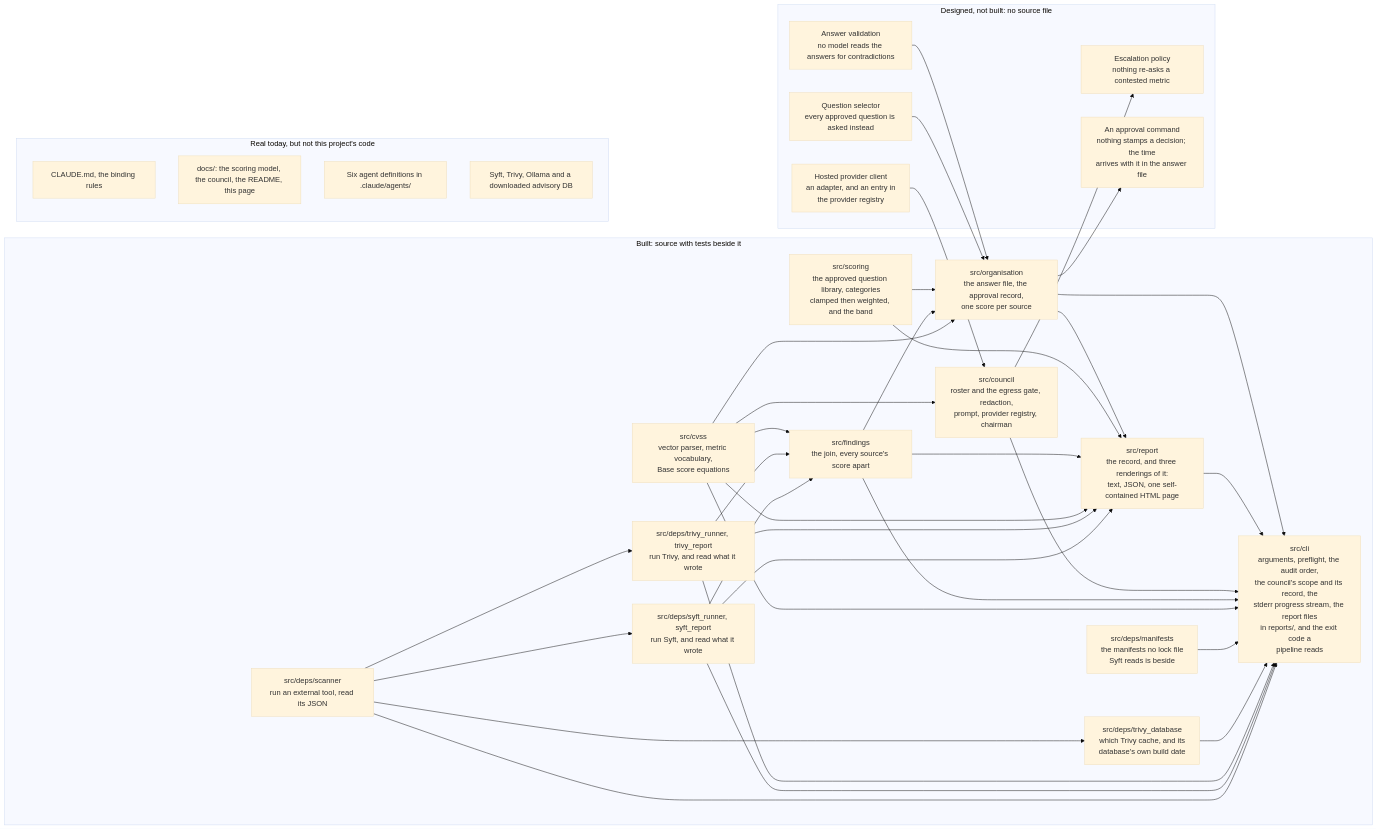
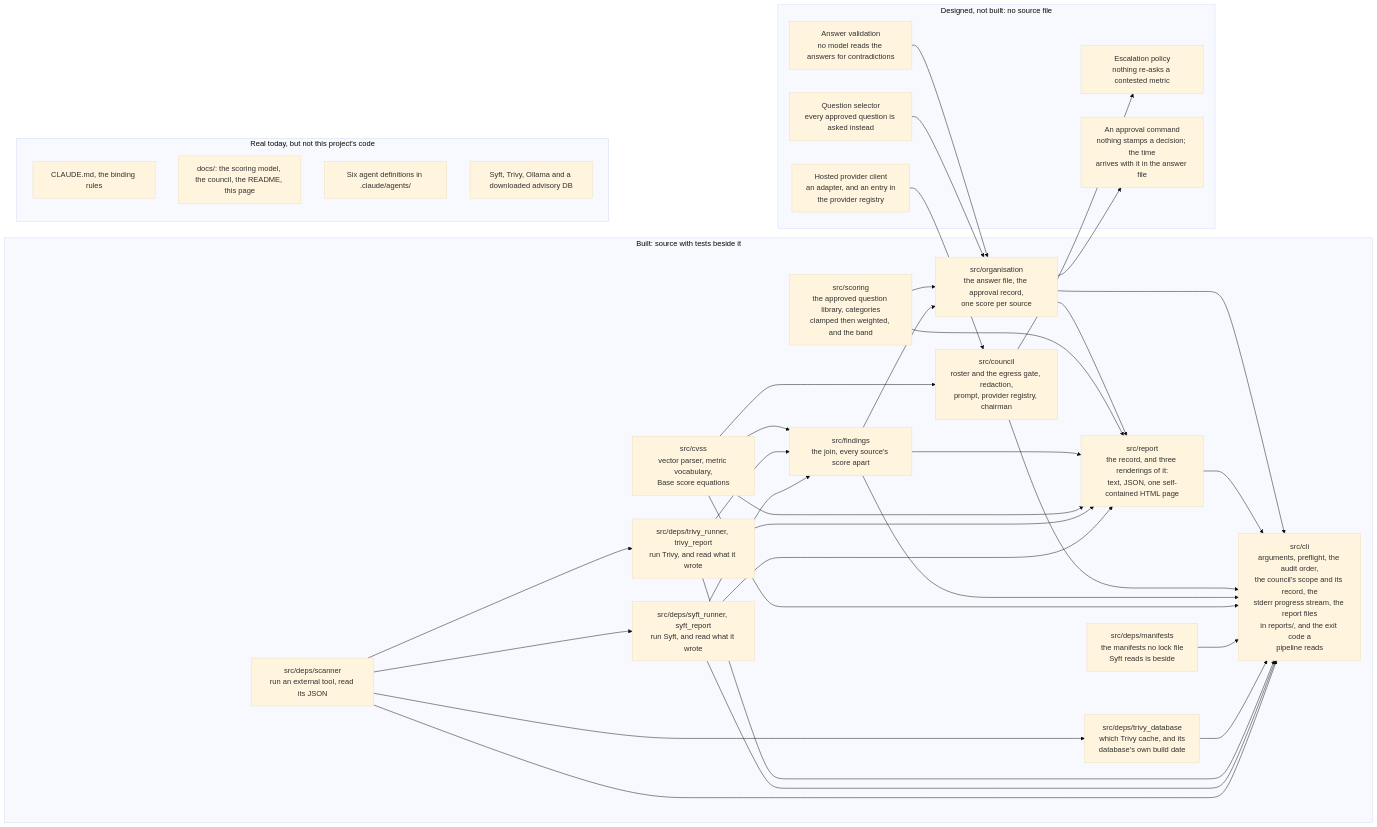
Before and after one commit to heinthtnaung/AgenticLLMAppAuditor: the fifth of 5 diagrams in docs/diagrams.md, drawn with Mermaid (base theme). The commit also changed other lines of this file and 26 other files, not shown here.

````diff
--- a/docs/diagrams.md
+++ b/docs/diagrams.md
@@ -492,64 +494,63 @@
 ```mermaid
 flowchart LR
     subgraph BUILT["Built: source with tests beside it"]
         b0["src/deps/scanner<br/>run an external tool, read its JSON"]
         b1["src/deps/syft_runner, syft_report<br/>run Syft, and read what it wrote"]
         b2["src/deps/trivy_runner, trivy_report<br/>run Trivy, and read what it wrote"]
         b3["src/deps/trivy_database<br/>which Trivy cache, and its<br/>database's own build date"]
         b11["src/deps/manifests<br/>the manifests no lock file<br/>Syft reads is beside"]
         b4["src/cvss<br/>vector parser, metric vocabulary,<br/>Base score equations"]
         b5["src/findings<br/>the join, every source's score apart"]
         b7["src/council<br/>roster and the egress gate, redaction,<br/>prompt, provider registry, chairman"]
         b8["src/report<br/>the record, and three renderings of it:<br/>text, JSON, one self-contained HTML page"]
         b9["src/cli<br/>arguments, preflight, the audit order,<br/>the council's scope and its record, the<br/>stderr progress stream, the report files<br/>in reports/, and the exit code a<br/>pipeline reads"]
         b6["src/scoring<br/>the approved question library, categories<br/>clamped then weighted, and the band"]
         b10["src/organisation<br/>the answer file, the approval record,<br/>one score per source"]
         b0 --> b1
         b0 --> b2
         b0 --> b3
         b0 --> b9
         b1 --> b5
         b1 --> b8
         b1 --> b9
         b2 --> b5
         b2 --> b8
         b2 --> b9
         b3 --> b9
         b11 --> b9
         b4 --> b5
         b4 --> b7
         b4 --> b8
         b4 --> b9
-        b4 --> b10
         b5 --> b8
         b5 --> b9
         b5 --> b10
         b6 --> b8
         b6 --> b10
         b7 --> b9
         b8 --> b9
         b10 --> b8
         b10 --> b9
     end
 
     subgraph UNBUILT["Designed, not built: no source file"]
         d2["Question selector<br/>every approved question is asked instead"]
         d3["Answer validation<br/>no model reads the answers for contradictions"]
         d6["Hosted provider client<br/>an adapter, and an entry in<br/>the provider registry"]
         d11["Escalation policy<br/>nothing re-asks a contested metric"]
         d12["An approval command<br/>nothing stamps a decision; the time<br/>arrives with it in the answer file"]
     end
 
     d6 --> b7
     b7 --> d11
     d2 --> b10
     d3 --> b10
     b10 --> d12
 
     subgraph REAL["Real today, but not this project's code"]
         x1["CLAUDE.md, the binding rules"]
         x2["docs/: the scoring model, the council, the README, this page"]
         x3["Six agent definitions in .claude/agents/"]
         x4["Syft, Trivy, Ollama and a downloaded advisory DB"]
     end
 ```
````
